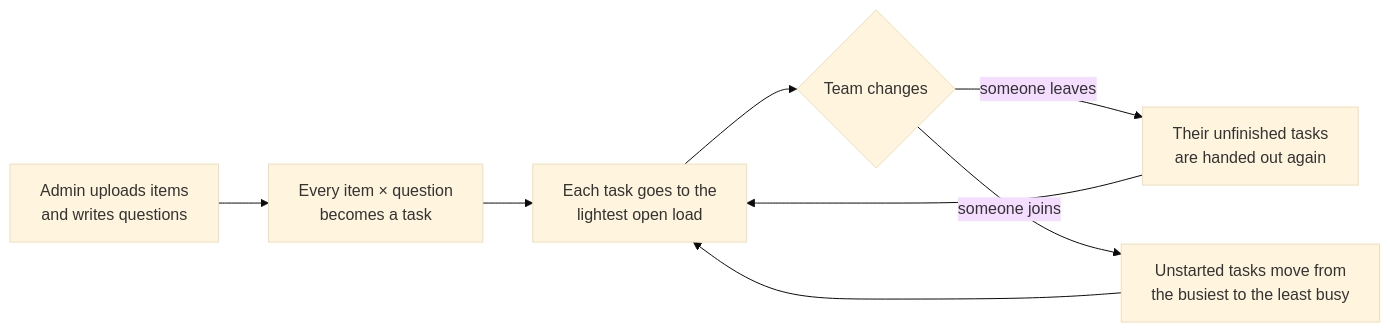
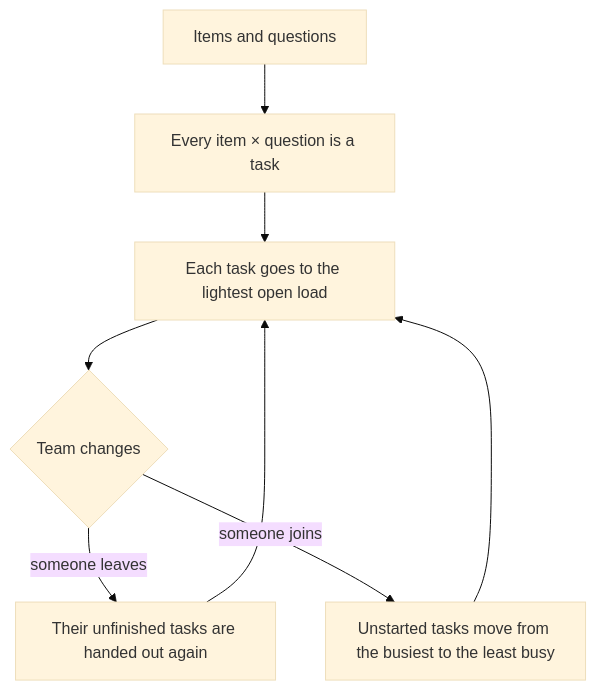
The diagram in README.md (baselnasser99/Data-Tagging-Application), drawn with Mermaid (base theme) before and after one commit. The commit also changed other lines of this file, not shown here.

````diff
--- a/README.md
+++ b/README.md
@@ -62,10 +64,10 @@
 ```mermaid
-flowchart LR
-    U["Admin uploads items<br>and writes questions"] --> T["Every item × question<br>becomes a task"]
-    T --> H["Each task goes to the<br>lightest open load"]
+flowchart TB
+    U["Items and questions"] --> T["Every item × question is a task"]
+    T --> H["Each task goes to the lightest open load"]
     H --> L{"Team changes"}
-    L -- "someone leaves" --> R["Their unfinished tasks<br>are handed out again"]
-    L -- "someone joins" --> B["Unstarted tasks move from<br>the busiest to the least busy"]
+    L -- "someone leaves" --> R["Their unfinished tasks are handed out again"]
+    L -- "someone joins" --> B["Unstarted tasks move from the busiest to the least busy"]
     R --> H
     B --> H
 ```
````
